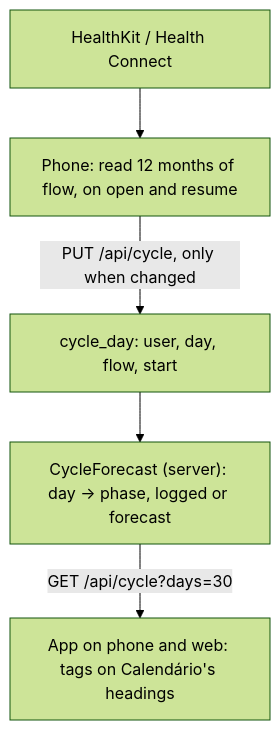
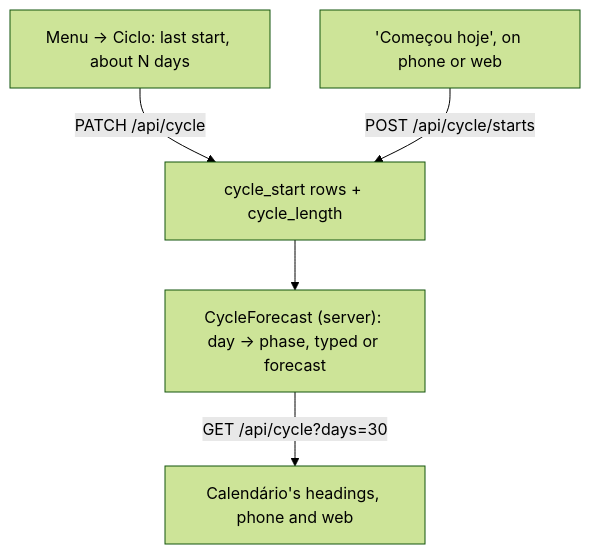
The second of 2 diagrams in product/research/2026-10-23-cycle-on-the-calendar/README.md (pietroid/lunna), drawn with Mermaid (forest theme) before and after one commit. The commit also changed other lines of this file and 4 other files, not shown here.

Commit message:
research(#32): fix · Integration with Apple Health for Menstrual Cycle

````diff
--- a/product/research/2026-10-23-cycle-on-the-calendar/README.md
+++ b/product/research/2026-10-23-cycle-on-the-calendar/README.md
@@ -170,7 +173,7 @@
 ```mermaid
 flowchart TD
-  K["HealthKit / Health Connect"] --> R["Phone: read 12 months of flow, on open and resume"]
-  R -->|"PUT /api/cycle, only when changed"| T["cycle_day: user, day, flow, start"]
-  T --> F["CycleForecast (server): day → phase, logged or forecast"]:::key
-  F -->|"GET /api/cycle?days=30"| A["App on phone and web: tags on Calendário's headings"]
+  M["Menu → Ciclo: last start, about N days"] -->|"PATCH /api/cycle"| T["cycle_start rows + cycle_length"]
+  D["'Começou hoje', on phone or web"] -->|"POST /api/cycle/starts"| T
+  T --> F["CycleForecast (server): day → phase, typed or forecast"]:::key
+  F -->|"GET /api/cycle?days=30"| A["Calendário's headings, phone and web"]
 ```
````
